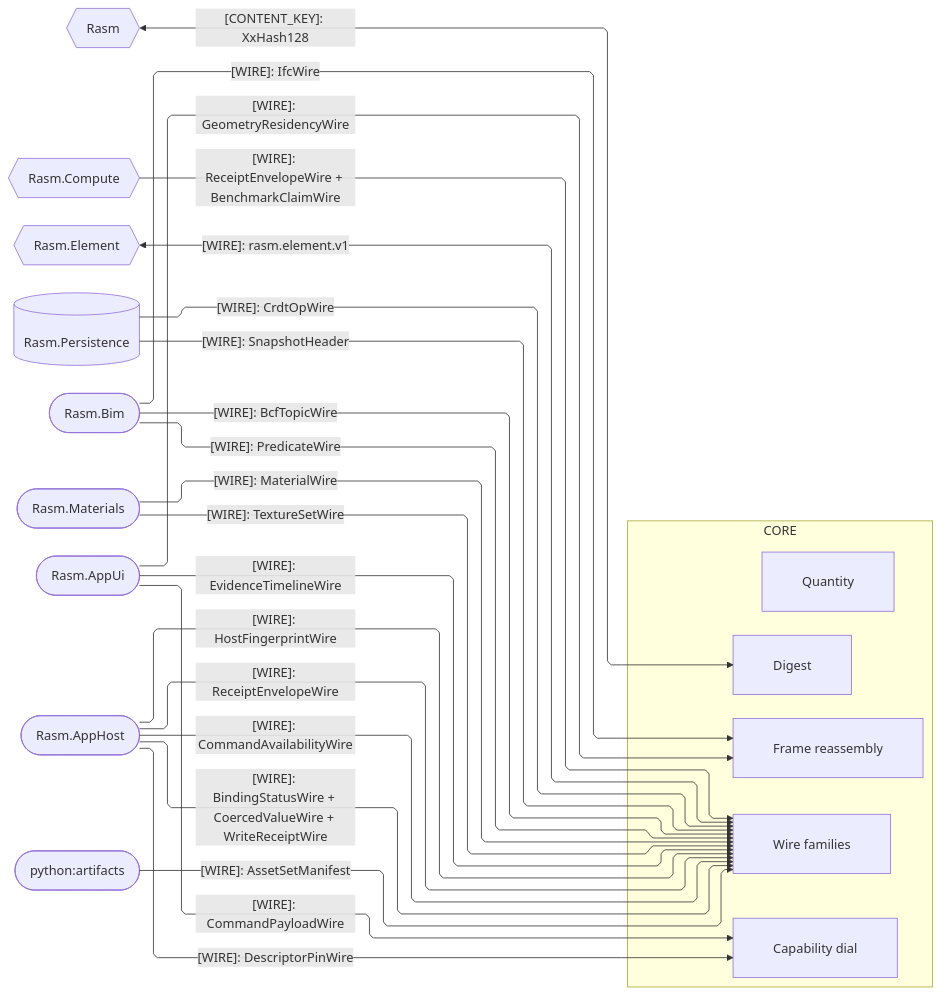
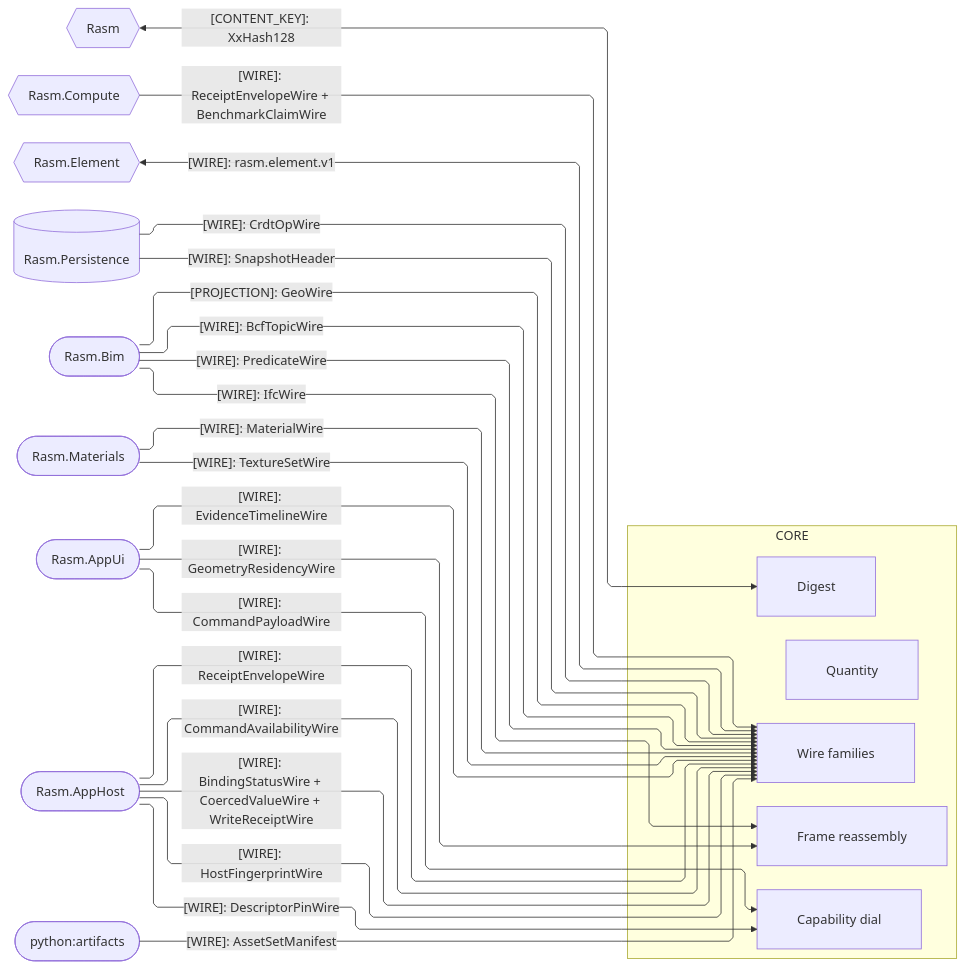
The second of 4 diagrams in libs/typescript/core/ARCHITECTURE.md (bsamiee/Rasm), drawn with Mermaid before and after one commit. The commit also changed other lines of this file and 56 other files, not shown here.

````diff
--- a/libs/typescript/core/ARCHITECTURE.md
+++ b/libs/typescript/core/ARCHITECTURE.md
@@ -127,47 +127,48 @@
 ```mermaid
 ---
 config:
   layout: elk
   flowchart:
     curve: linear
     padding: 25
 ---
 flowchart LR
     accTitle: Core wire-plane seam registry
     accDescr: Wire, Frame, and Invoke admit peer-owned contracts; every external edge preserves its producer spelling.
     subgraph core[CORE]
         Digest[Digest]
         Quantity[Quantity]
         Wire[Wire families]
         Frame[Frame reassembly]
         Invoke[Capability dial]
     end
     Rasm{{Rasm}}
     Compute{{Rasm.Compute}}
     Element{{Rasm.Element}}
     Persistence[(Rasm.Persistence)]
     Bim([Rasm.Bim])
     Materials([Rasm.Materials])
     AppUi([Rasm.AppUi])
     AppHost([Rasm.AppHost])
     Artifacts([python:artifacts])
     Rasm e1@<-->|"[CONTENT_KEY]: XxHash128"| Digest
     Compute e2@-->|"[WIRE]: ReceiptEnvelopeWire + BenchmarkClaimWire"| Wire
     Element e3@<-->|"[WIRE]: rasm.element.v1"| Wire
     Persistence e4@-->|"[WIRE]: CrdtOpWire"| Wire
     Persistence e5@-->|"[WIRE]: SnapshotHeader"| Wire
     Bim e6@-->|"[WIRE]: IfcWire"| Frame
     Bim e7@-->|"[WIRE]: BcfTopicWire"| Wire
     Bim e8@-->|"[WIRE]: PredicateWire"| Wire
     Materials e9@-->|"[WIRE]: MaterialWire"| Wire
     Materials e10@-->|"[WIRE]: TextureSetWire"| Wire
     Artifacts e11@-->|"[WIRE]: AssetSetManifest"| Wire
     AppUi e12@-->|"[WIRE]: CommandPayloadWire"| Invoke
     AppUi e13@-->|"[WIRE]: GeometryResidencyWire"| Frame
     AppUi e14@-->|"[WIRE]: EvidenceTimelineWire"| Wire
     AppHost e15@-->|"[WIRE]: DescriptorPinWire"| Invoke
     AppHost e16@-->|"[WIRE]: ReceiptEnvelopeWire"| Wire
     AppHost e17@-->|"[WIRE]: CommandAvailabilityWire"| Wire
     AppHost e18@-->|"[WIRE]: BindingStatusWire + CoercedValueWire + WriteReceiptWire"| Wire
     AppHost e19@-->|"[WIRE]: HostFingerprintWire"| Wire
+    Bim e20@-->|"[PROJECTION]: GeoWire"| Wire
 ```
````
